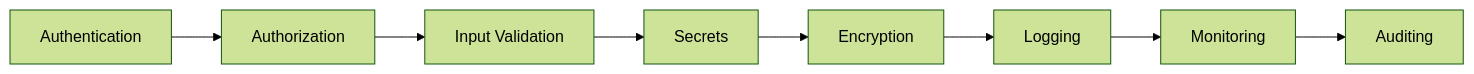
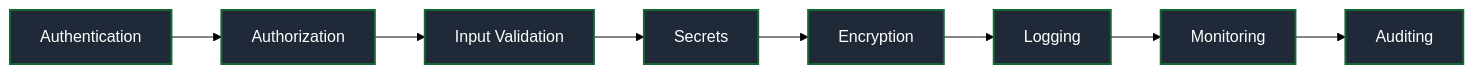
Diagram 11 of 16 in profile/README.md (StackBlackzada/.github), drawn with Mermaid (forest theme) before and after one commit. The commit also changed other lines of this file, not shown here.

````diff
--- a/profile/README.md
+++ b/profile/README.md
@@ -308,4 +550,6 @@
 ```mermaid
 flowchart LR
     A["Authentication"] --> B["Authorization"] --> C["Input Validation"] --> D["Secrets"] --> E["Encryption"] --> F["Logging"] --> G["Monitoring"] --> H["Auditing"]
+    classDef d fill:#1F2937,stroke:#166534,color:#fff,stroke-width:2px
+    class A,B,C,D,E,F,G,H d
 ```
````
